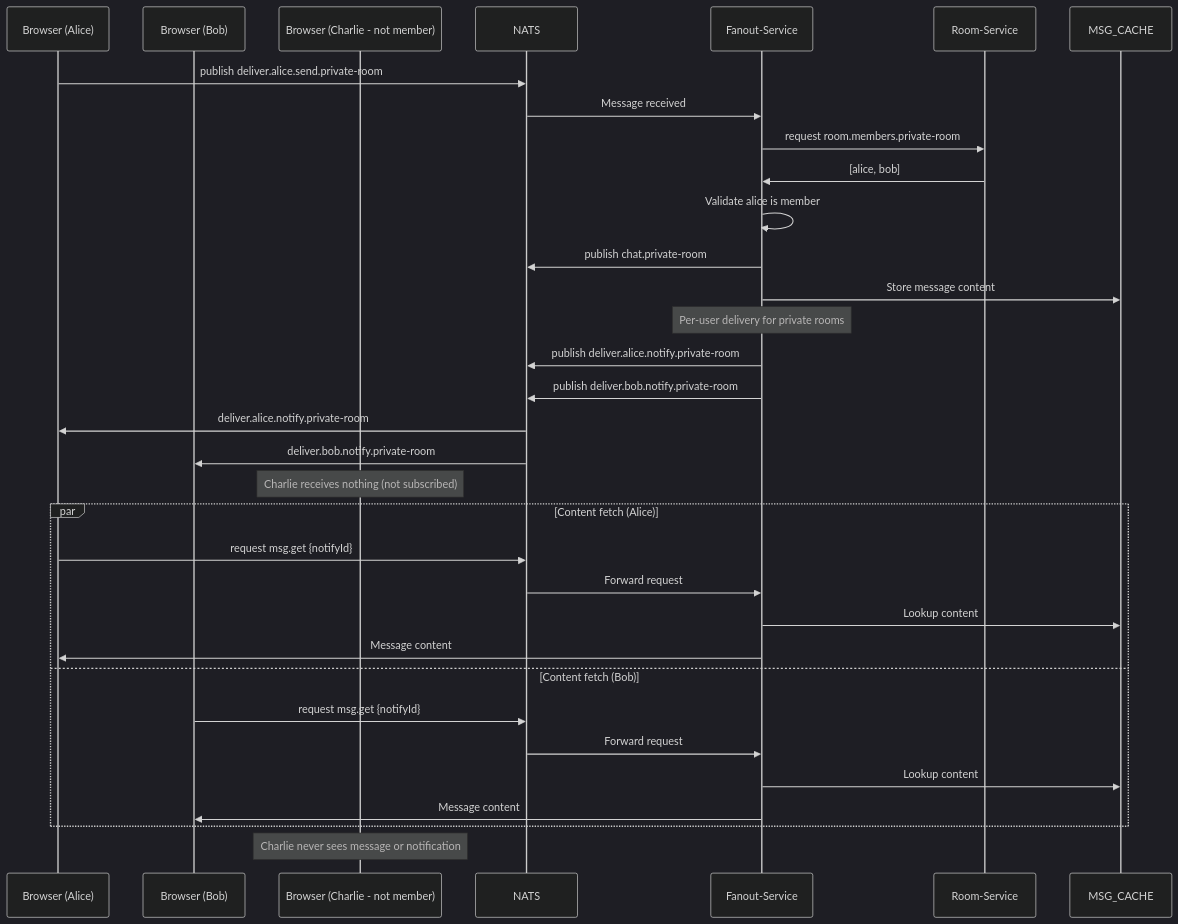
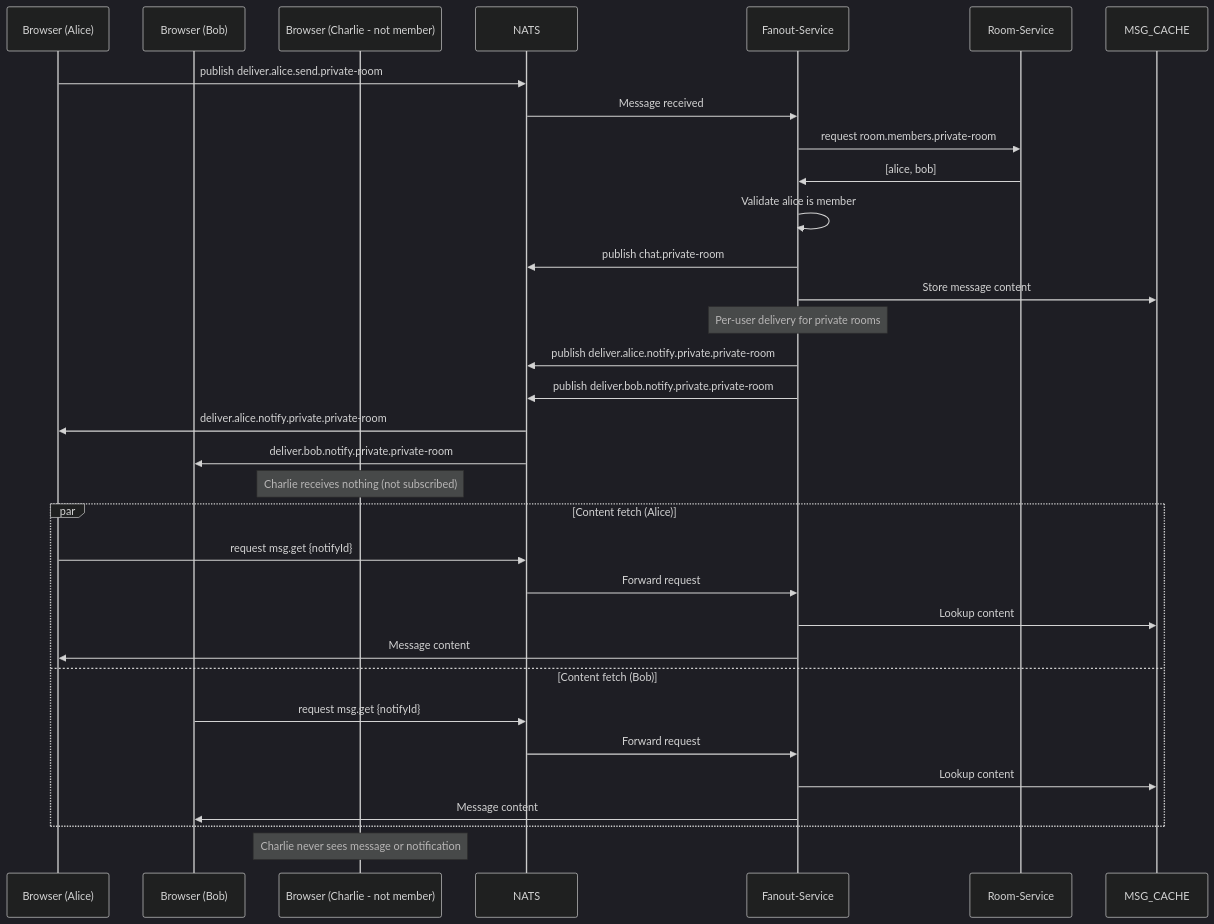
One commit to julianshen/nats-chat-keycloak changed the fourth of 9 diagrams in docs/seq.md. Above: the diagram before and after it, drawn with Mermaid (dark theme). The commit also changed other lines of this file and 3 other files, not shown here.

Commit message:
Cache room visibility lookups and refresh notify subject docs

````diff
--- a/docs/seq.md
+++ b/docs/seq.md
@@ -164,42 +164,42 @@
 ```mermaid
 sequenceDiagram
     participant B1 as Browser (Alice)
     participant B2 as Browser (Bob)
     participant B3 as Browser (Charlie - not member)
     participant N as NATS
     participant F as Fanout-Service
     participant R as Room-Service
     participant KV as MSG_CACHE
 
     B1->>N: publish deliver.alice.send.private-room
     N->>F: Message received
     
     F->>R: request room.members.private-room
     R->>F: [alice, bob]
 
     F->>F: Validate alice is member
     F->>N: publish chat.private-room
     F->>KV: Store message content
 
     Note over F: Per-user delivery for private rooms
-    F->>N: publish deliver.alice.notify.private-room
-    F->>N: publish deliver.bob.notify.private-room
+    F->>N: publish deliver.alice.notify.private.private-room
+    F->>N: publish deliver.bob.notify.private.private-room
 
-    N->>B1: deliver.alice.notify.private-room
-    N->>B2: deliver.bob.notify.private-room
+    N->>B1: deliver.alice.notify.private.private-room
+    N->>B2: deliver.bob.notify.private.private-room
     Note over B3: Charlie receives nothing (not subscribed)
 
     par Content fetch (Alice)
         B1->>N: request msg.get {notifyId}
         N->>F: Forward request
         F->>KV: Lookup content
         F->>B1: Message content
     and Content fetch (Bob)
         B2->>N: request msg.get {notifyId}
         N->>F: Forward request
         F->>KV: Lookup content
         F->>B2: Message content
     end
 
     Note over B3: Charlie never sees message or notification
 ```
````
